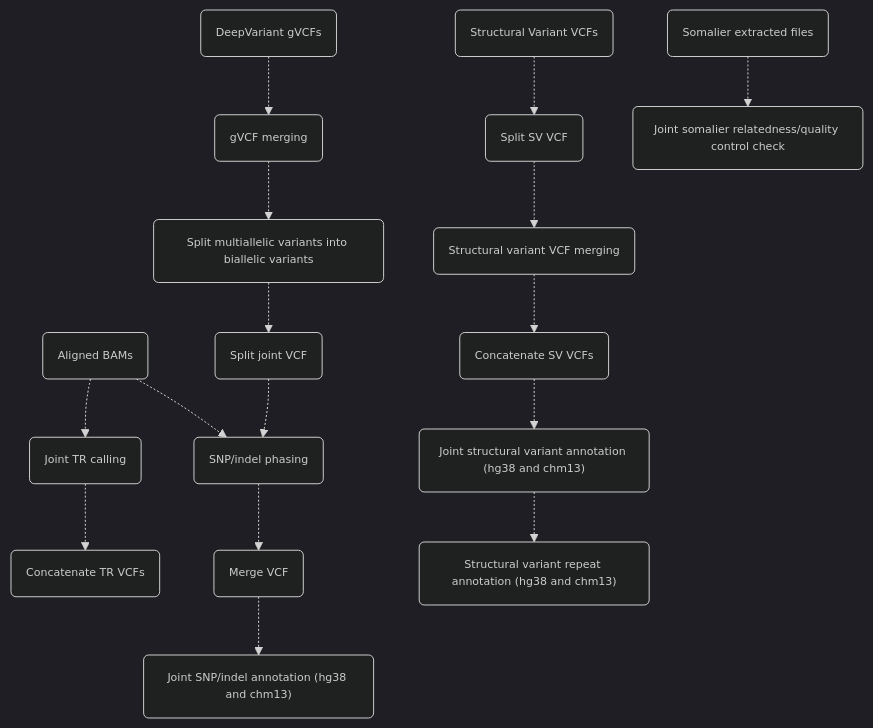
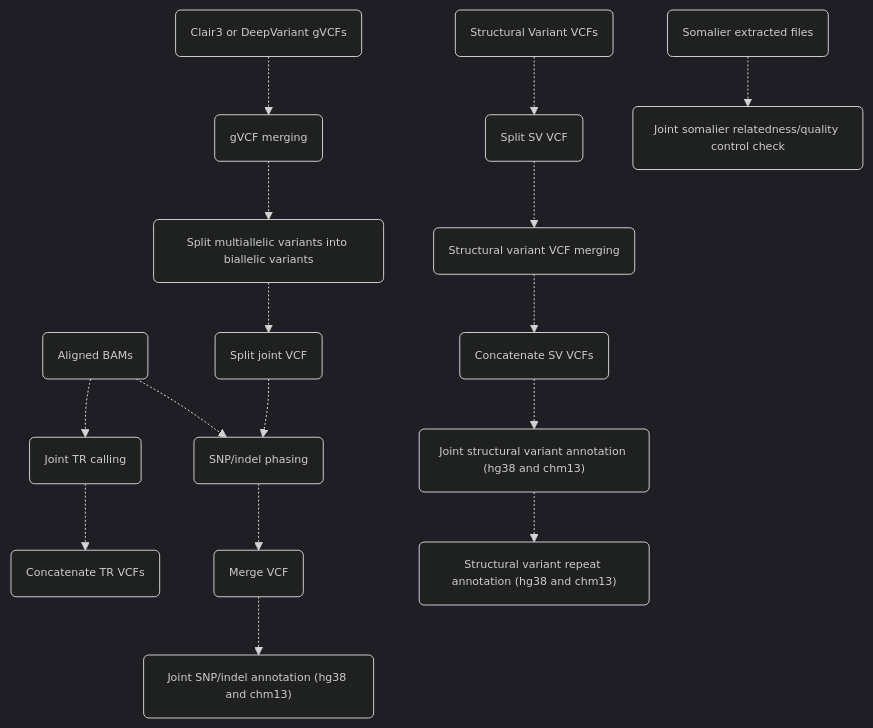
Before and after one commit to leahkemp/pipeface: the diagram in docs/popface/info.md, drawn with Mermaid. The commit also changed 9 other files, not shown here.

````diff
--- a/docs/popface/info.md
+++ b/docs/popface/info.md
@@ -5,30 +5,30 @@
 ```mermaid
 %%{init:{'theme':'dark','themeVariables':{'fontSize':'11px'}}}%%
 flowchart TB
 
-input_gvcf("DeepVariant gVCFs")
+input_gvcf("Clair3 or DeepVariant gVCFs")
 input_bam("Aligned BAMs")
 input_svs("Structural Variant VCFs")
 gvcf_merging("gVCF merging")
 joint_split_multiallele("Split multiallelic variants into biallelic variants")
 split_vcf("Split joint VCF")
 snp_indel_phasing("SNP/indel phasing")
 merge_vcf("Merge VCF")
 joint_snp_indel_annotation("Joint SNP/indel annotation (hg38 and chm13)")
 split_sv_vcf("Split SV VCF")
 sv_vcf_merging("Structural variant VCF merging")
 concat_sv_vcf("Concatenate SV VCFs")
 joint_sv_annotation("Joint structural variant annotation (hg38 and chm13)")
 sv_repeat_annotation("Structural variant repeat annotation (hg38 and chm13)")
 joint_tr_calling("Joint TR calling")
 concat_tr_vcf("Concatenate TR VCFs")
 input_somalier("Somalier extracted files")
 joint_somalier("Joint somalier relatedness/quality control check")
 
 input_gvcf-.->gvcf_merging-.->joint_split_multiallele-.->split_vcf-.->snp_indel_phasing-.->merge_vcf-.->joint_snp_indel_annotation
 input_bam-.->snp_indel_phasing
 input_svs-.->split_sv_vcf-.->sv_vcf_merging-.->concat_sv_vcf-.->joint_sv_annotation-.->sv_repeat_annotation
 input_bam-.->joint_tr_calling-.->concat_tr_vcf
 input_somalier-.->joint_somalier
 
 ```
````
